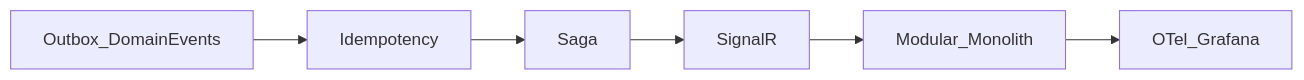
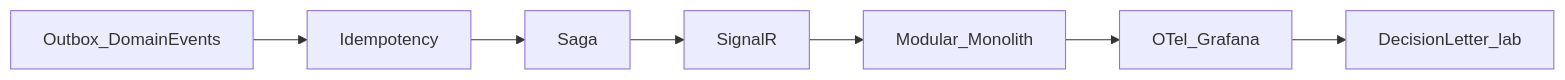
The diagram in docs/architecture-notes.tr.md (fdeniz07/BankApp), drawn with Mermaid before and after one commit. The commit also changed other lines of this file and 15 other files, not shown here.

Commit message:
doc: Document decision-letter email lab flow in learning library and roadmap

````diff
--- a/docs/architecture-notes.tr.md
+++ b/docs/architecture-notes.tr.md
@@ -109,8 +110,9 @@
 ```mermaid
 flowchart LR
   A[Outbox_DomainEvents] --> B[Idempotency]
   B --> C[Saga]
   C --> D[SignalR]
   D --> E[Modular_Monolith]
   E --> F[OTel_Grafana]
+  F --> G[DecisionLetter_lab]
 ```
````
